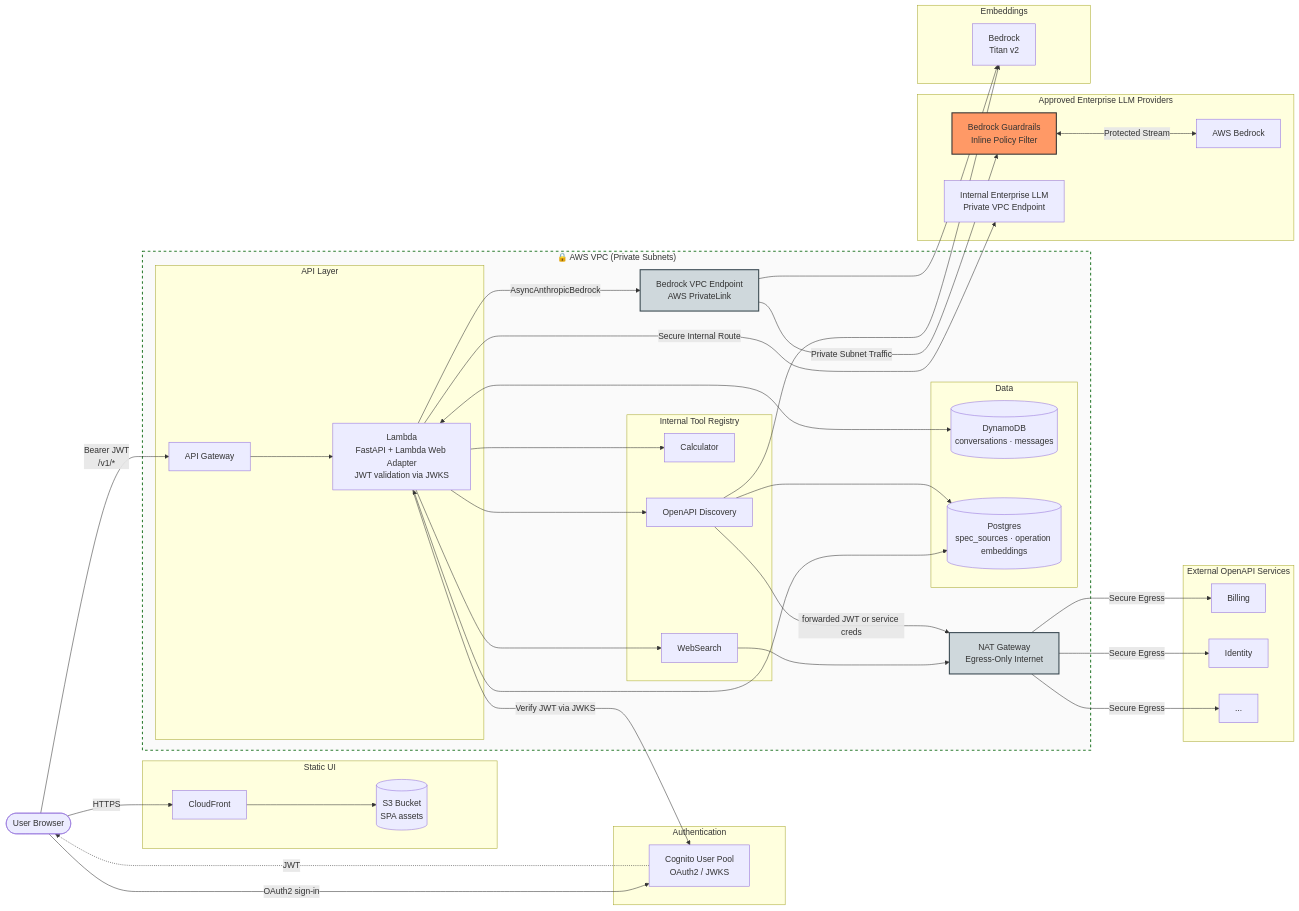
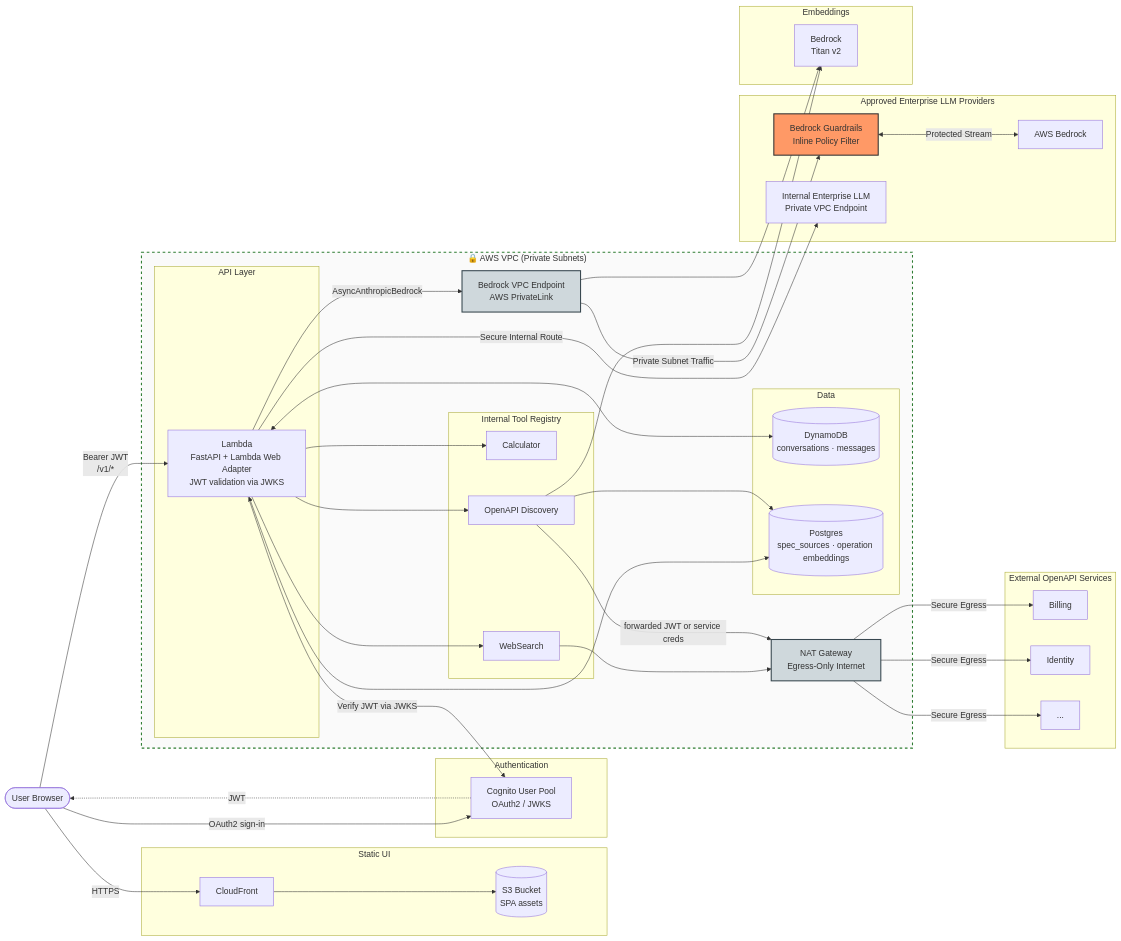
One commit to derekvasilich/lambda-chat-agent changed the diagram in README.md. Above: the diagram before and after it, drawn with Mermaid.

Commit message:
Remove APIGW

```diff
--- a/README.md
+++ b/README.md
@@ -21,7 +21,6 @@
     subgraph EnterpriseVPC["🔒 AWS VPC (Private Subnets)"]
         
         subgraph API["API Layer"]
-            APIGW[API Gateway]
             Lambda[Lambda<br/>FastAPI + Lambda Web Adapter<br/>JWT validation via JWKS]
         end
 
@@ -62,8 +61,7 @@
     CF --> S3
     User -->|OAuth2 sign-in| Cognito
     Cognito -. JWT .-> User
-    User -->|Bearer JWT<br/>/v1/*| APIGW
-    APIGW --> Lambda
+    User -->|Bearer JWT<br/>/v1/*| Lambda
     
     %% Internal VPC Routing
     Lambda -->|Verify JWT via JWKS| Cognito
```
